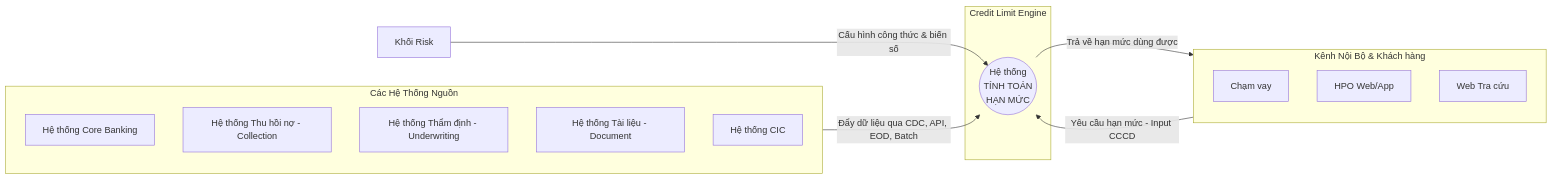
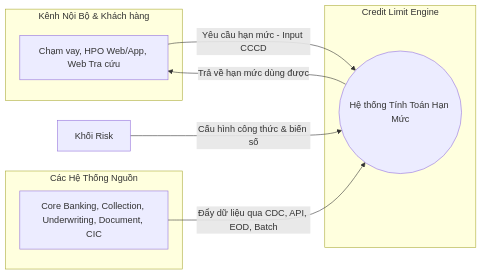
The first of 2 diagrams in cle/credit_limit_engine_design.md (quangha9797/hdss-docs), drawn with Mermaid before and after one commit.

````diff
--- a/cle/credit_limit_engine_design.md
+++ b/cle/credit_limit_engine_design.md
@@ -15,27 +15,21 @@
 ```mermaid
 flowchart LR
     subgraph Consumers[Kênh Nội Bộ & Khách hàng]
-        C1[Chạm vay]
-        C2[HPO Web/App]
-        C3[Web Tra cứu]
+        C[Chạm vay, HPO Web/App, Web Tra cứu]
     end
 
     subgraph CLE[Credit Limit Engine]
-        Engine((Hệ thống<br/>TÍNH TOÁN<br/>HẠN MỨC))
+        Engine((Hệ thống Tính Toán Hạn Mức))
     end
 
     subgraph DataSources[Các Hệ Thống Nguồn]
-        S1[Hệ thống Core Banking]
-        S2[Hệ thống Thu hồi nợ - Collection]
-        S3[Hệ thống Thẩm định - Underwriting]
-        S4[Hệ thống Tài liệu - Document]
-        S5[Hệ thống CIC]
+        S[Core Banking, Collection, Underwriting, Document, CIC]
     end
 
-    Consumers -->|Yêu cầu hạn mức - Input CCCD| Engine
-    Engine -->|Trả về hạn mức dùng được| Consumers
+    C -->|Yêu cầu hạn mức - Input CCCD| Engine
+    Engine -->|Trả về hạn mức dùng được| C
     
     KhoiRisk[Khối Risk] -->|Cấu hình công thức & biến số| Engine
     
-    DataSources -->|Đẩy dữ liệu qua CDC, API, EOD, Batch| Engine
+    S -->|Đẩy dữ liệu qua CDC, API, EOD, Batch| Engine
 ```
````
